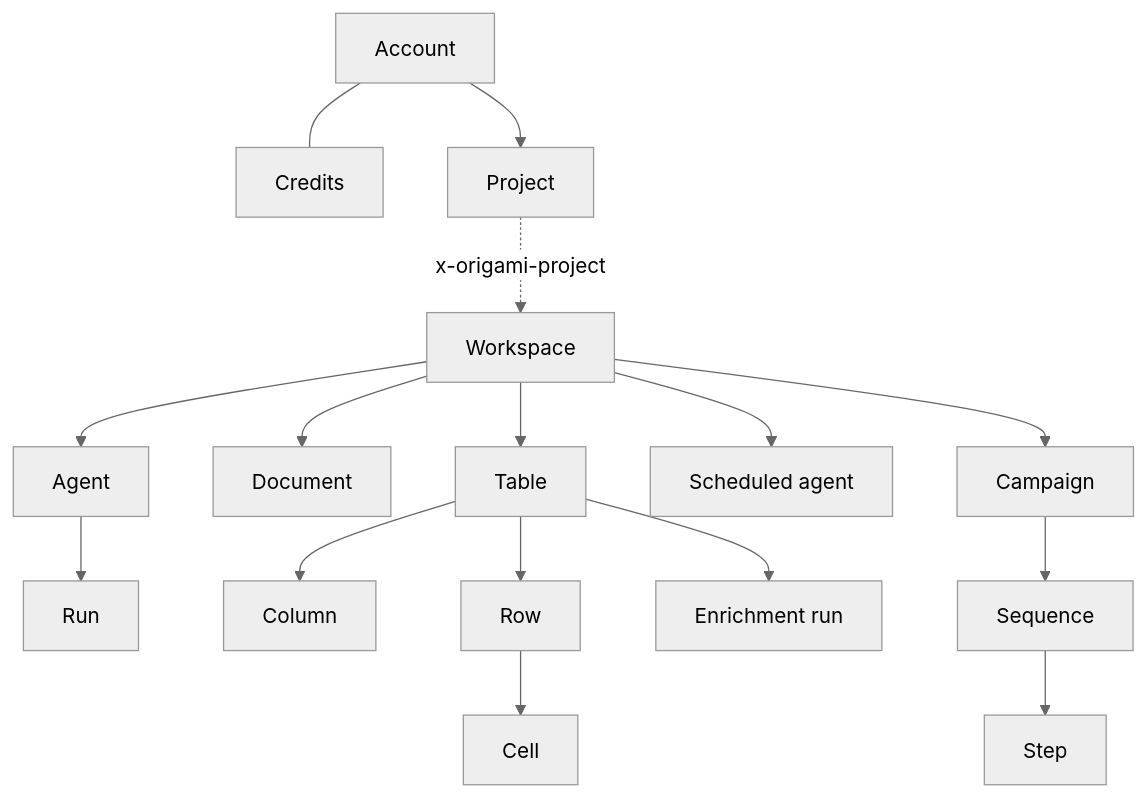
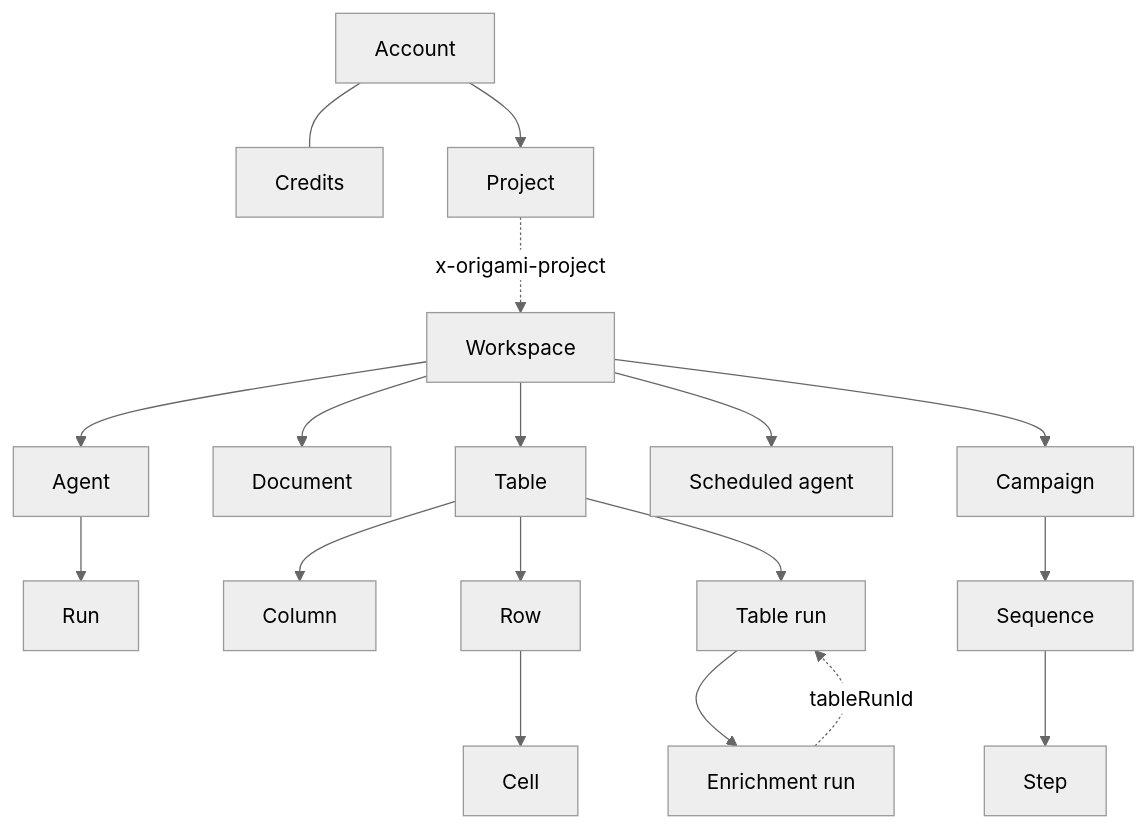
One commit to Origami-Agents/mintlify-docs changed the diagram in agents/objects.mdx. Above: the diagram before and after it, drawn with Mermaid (neutral theme). The commit also changed other lines of this file and 5 other files, not shown here.

````diff
--- a/agents/objects.mdx
+++ b/agents/objects.mdx
@@ -51,18 +51,20 @@
 ```mermaid
 flowchart TD
   Account[Account] --- Credits[Credits]
   Account --> Project[Project]
   Project -.->|x-origami-project| Workspace
   Workspace[Workspace] --> Table[Table]
   Workspace --> Document[Document]
   Workspace --> Agent[Agent]
   Workspace --> ScheduledAgent[Scheduled agent]
   Agent --> Run[Run]
   Table --> Column[Column]
   Table --> Row[Row]
   Row --> Cell[Cell]
-  Table --> EnrichmentRun[Enrichment run]
+  Table --> TableRun[Table run]
+  TableRun --> EnrichmentRun[Enrichment run]
+  EnrichmentRun -.->|tableRunId| TableRun
   Workspace --> Campaign[Campaign]
   Campaign --> Sequence[Sequence]
   Sequence --> Step[Step]
 ```
````
